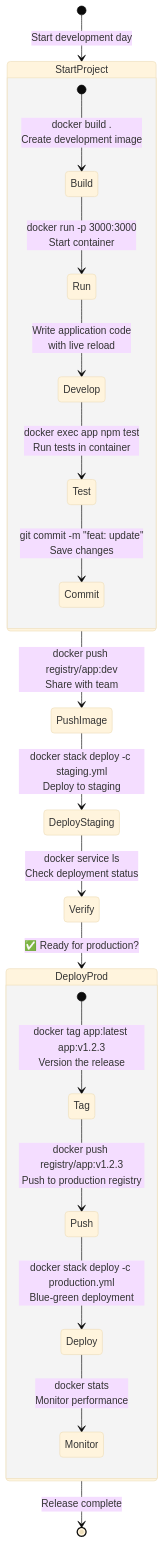
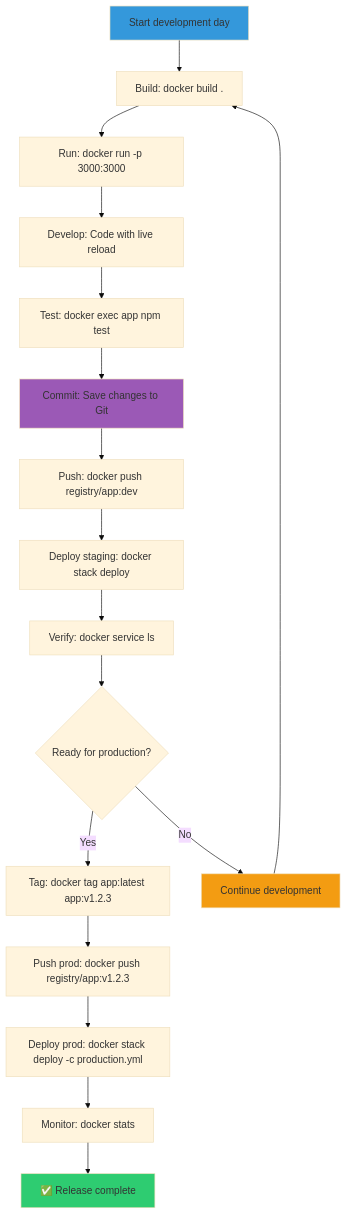
Before and after one commit to hernandoabella/workflows: the eighth of 9 diagrams in docker-workflow.md, drawn with Mermaid (base theme).

Commit message:
Update Docker commands flow diagram to flowchart format

````diff
--- a/docker-workflow.md
+++ b/docker-workflow.md
@@ -227,27 +227,27 @@
 ```mermaid
-stateDiagram-v2
-    [*] --> StartProject: Start development day
+flowchart TD
+    A[Start development day] --> B[Build: docker build .]
+    B --> C[Run: docker run -p 3000:3000]
+    C --> D[Develop: Code with live reload]
+    D --> E[Test: docker exec app npm test]
+    E --> F[Commit: Save changes to Git]
     
-    state StartProject {
-        [*] --> Build: docker build .<br>Create development image
-        Build --> Run: docker run -p 3000:3000<br>Start container
-        Run --> Develop: Write application code<br>with live reload
-        Develop --> Test: docker exec app npm test<br>Run tests in container
-        Test --> Commit: git commit -m "feat: update"<br>Save changes
-    }
+    F --> G[Push: docker push registry/app:dev]
+    G --> H[Deploy staging: docker stack deploy]
+    H --> I[Verify: docker service ls]
+    I --> J{Ready for production?}
     
-    StartProject --> PushImage: docker push registry/app:dev<br>Share with team
-    PushImage --> DeployStaging: docker stack deploy -c staging.yml<br>Deploy to staging
-    DeployStaging --> Verify: docker service ls<br>Check deployment status
-    Verify --> DeployProd: ✅ Ready for production?
+    J -->|Yes| K[Tag: docker tag app:latest app:v1.2.3]
+    J -->|No| L[Continue development]
+    L --> B
     
-    state DeployProd {
-        [*] --> Tag: docker tag app:latest app:v1.2.3<br>Version the release
-        Tag --> Push: docker push registry/app:v1.2.3<br>Push to production registry
-        Push --> Deploy: docker stack deploy -c production.yml<br>Blue-green deployment
-        Deploy --> Monitor: docker stats<br>Monitor performance
-    }
+    K --> M[Push prod: docker push registry/app:v1.2.3]
+    M --> N[Deploy prod: docker stack deploy -c production.yml]
+    N --> O[Monitor: docker stats]
+    O --> P[✅ Release complete]
     
-    DeployProd --> [*]: Release complete
-
+    style A fill:#3498db
+    style F fill:#9b59b6
+    style P fill:#2ecc71
+    style L fill:#f39c12
 ```
````
